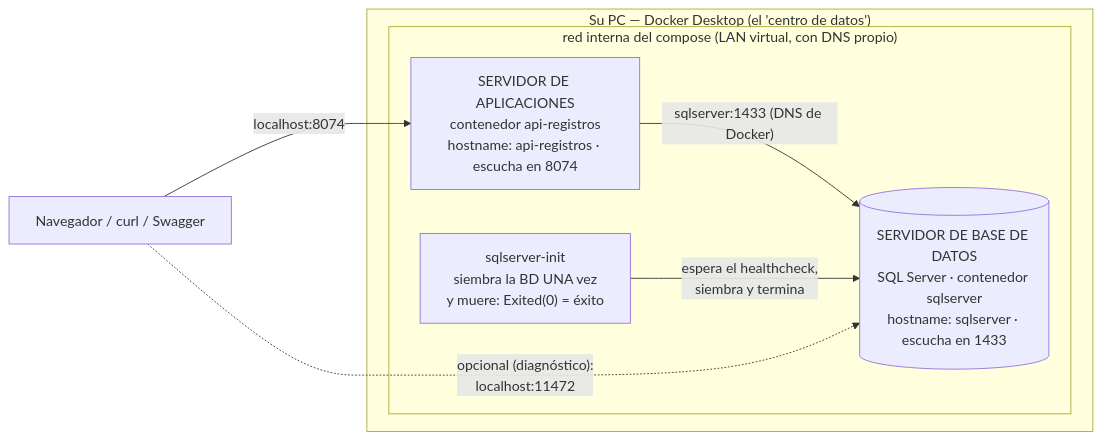
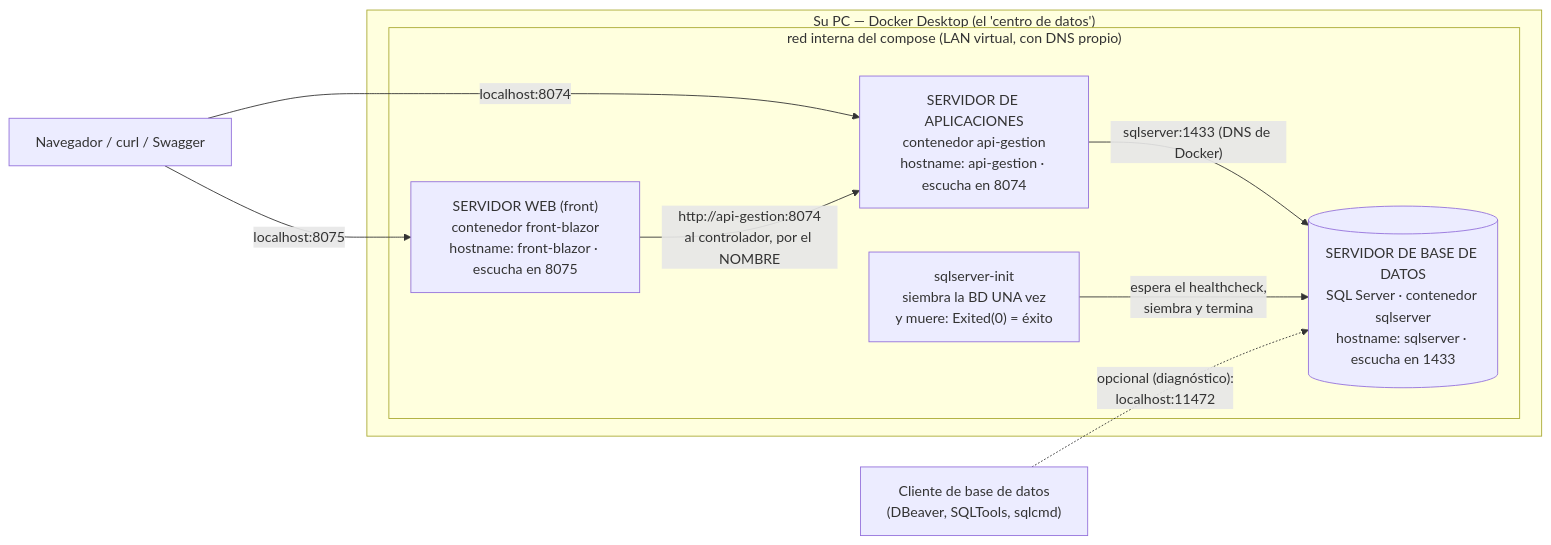
One commit to ccastro2050/proyecto_gestion_profesoral1 changed the first of 2 diagrams in docs/CONCEPTOS_DOCKER.md. Above: the diagram before and after it, drawn with Mermaid. The commit also changed other lines of this file, not shown here.

First line of the commit message:
docs(docker): el diagrama sale del docker-compose real, y ninguna flecha miente

````diff
--- a/docs/CONCEPTOS_DOCKER.md
+++ b/docs/CONCEPTOS_DOCKER.md
@@ -194,15 +194,19 @@
 ```mermaid
 flowchart LR
     NAV["Navegador / curl / Swagger"]
+    CLIENTE["Cliente de base de datos<br/>(DBeaver, SQLTools, sqlcmd)"]
     subgraph PC["Su PC — Docker Desktop (el 'centro de datos')"]
         subgraph RED["red interna del compose (LAN virtual, con DNS propio)"]
-            APIFACTURAS["SERVIDOR DE APLICACIONES<br/>contenedor api-registros<br/>hostname: api-registros · escucha en 8074"]
+            FRONTBLAZOR["SERVIDOR WEB (front)<br/>contenedor front-blazor<br/>hostname: front-blazor · escucha en 8075"]
+            APIGESTION["SERVIDOR DE APLICACIONES<br/>contenedor api-gestion<br/>hostname: api-gestion · escucha en 8074"]
+            SQLSERVERINIT["sqlserver-init<br/>siembra la BD UNA vez<br/>y muere: Exited(0) = éxito"]
             SQLSERVER[("SERVIDOR DE BASE DE DATOS<br/>SQL Server · contenedor sqlserver<br/>hostname: sqlserver · escucha en 1433")]
-            SQLSERVERINIT["sqlserver-init<br/>siembra la BD UNA vez<br/>y muere: Exited(0) = éxito"]
         end
     end
-    NAV -->|"localhost:8074"| APIFACTURAS
-    APIFACTURAS -->|"sqlserver:1433 (DNS de Docker)"| SQLSERVER
+    NAV -->|"localhost:8074"| APIGESTION
+    NAV -->|"localhost:8075"| FRONTBLAZOR
+    APIGESTION -->|"sqlserver:1433 (DNS de Docker)"| SQLSERVER
+    FRONTBLAZOR -->|"http://api-gestion:8074<br/>al controlador, por el NOMBRE"| APIGESTION
     SQLSERVERINIT -->|"espera el healthcheck,<br/>siembra y termina"| SQLSERVER
-    NAV -.->|"opcional (diagnóstico):<br/>localhost:11472"| SQLSERVER
+    CLIENTE -.->|"opcional (diagnóstico):<br/>localhost:11472"| SQLSERVER
 ```
````
